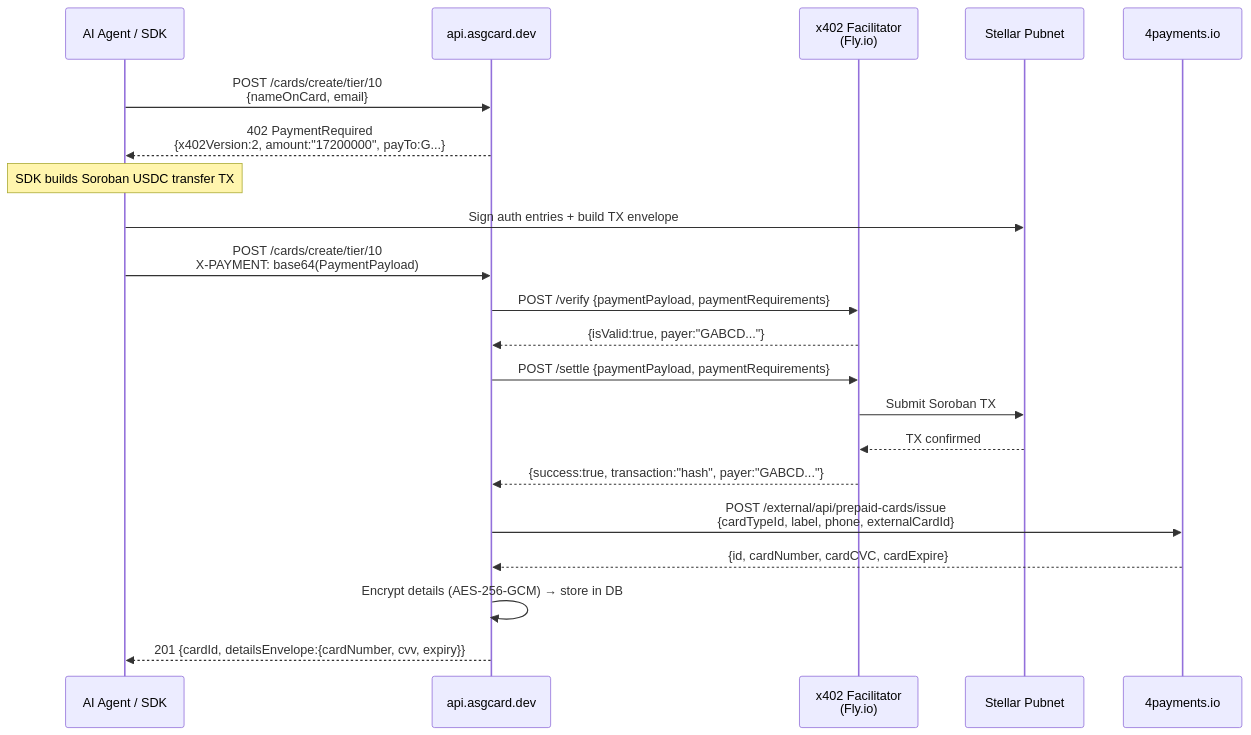
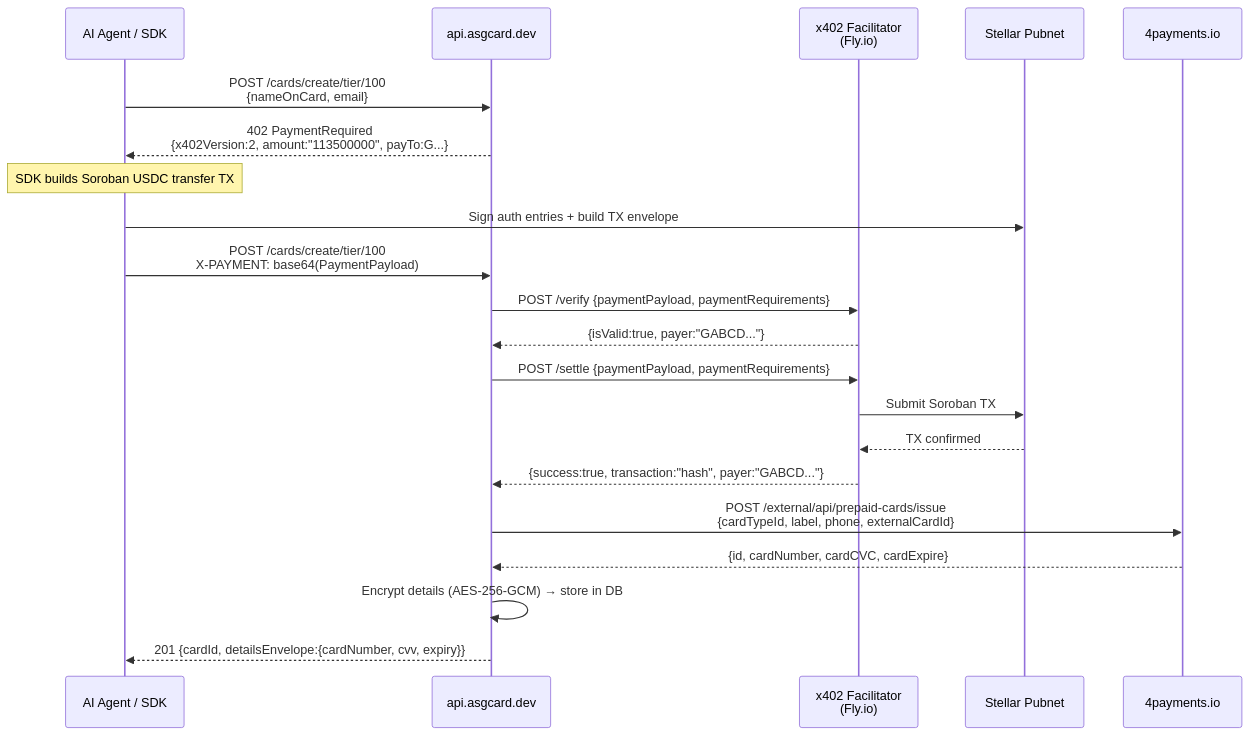
The second of 3 diagrams in docs/ARCHITECTURE_INTERNAL.md (ASGCompute/asgcard-public), drawn with Mermaid before and after one commit. The commit also changed other lines of this file and 40 other files, not shown here.

````diff
--- a/docs/ARCHITECTURE_INTERNAL.md
+++ b/docs/ARCHITECTURE_INTERNAL.md
@@ -62,28 +62,28 @@
 ```mermaid
 sequenceDiagram
     participant Agent as AI Agent / SDK
     participant API as api.asgcard.dev
     participant FAC as x402 Facilitator<br>(Fly.io)
     participant Stellar as Stellar Pubnet
     participant FP as 4payments.io
 
-    Agent->>API: POST /cards/create/tier/10<br>{nameOnCard, email}
-    API-->>Agent: 402 PaymentRequired<br>{x402Version:2, amount:"17200000", payTo:G...}
+    Agent->>API: POST /cards/create/tier/100<br>{nameOnCard, email}
+    API-->>Agent: 402 PaymentRequired<br>{x402Version:2, amount:"113500000", payTo:G...}
 
     Note over Agent: SDK builds Soroban USDC transfer TX
     Agent->>Stellar: Sign auth entries + build TX envelope
 
-    Agent->>API: POST /cards/create/tier/10<br>X-PAYMENT: base64(PaymentPayload)
+    Agent->>API: POST /cards/create/tier/100<br>X-PAYMENT: base64(PaymentPayload)
     API->>FAC: POST /verify {paymentPayload, paymentRequirements}
     FAC-->>API: {isValid:true, payer:"GABCD..."}
     API->>FAC: POST /settle {paymentPayload, paymentRequirements}
     FAC->>Stellar: Submit Soroban TX
     Stellar-->>FAC: TX confirmed
     FAC-->>API: {success:true, transaction:"hash", payer:"GABCD..."}
 
     API->>FP: POST /external/api/prepaid-cards/issue<br>{cardTypeId, label, phone, externalCardId}
     FP-->>API: {id, cardNumber, cardCVC, cardExpire}
 
     API->>API: Encrypt details (AES-256-GCM) → store in DB
     API-->>Agent: 201 {cardId, detailsEnvelope:{cardNumber, cvv, expiry}}
 ```
````
